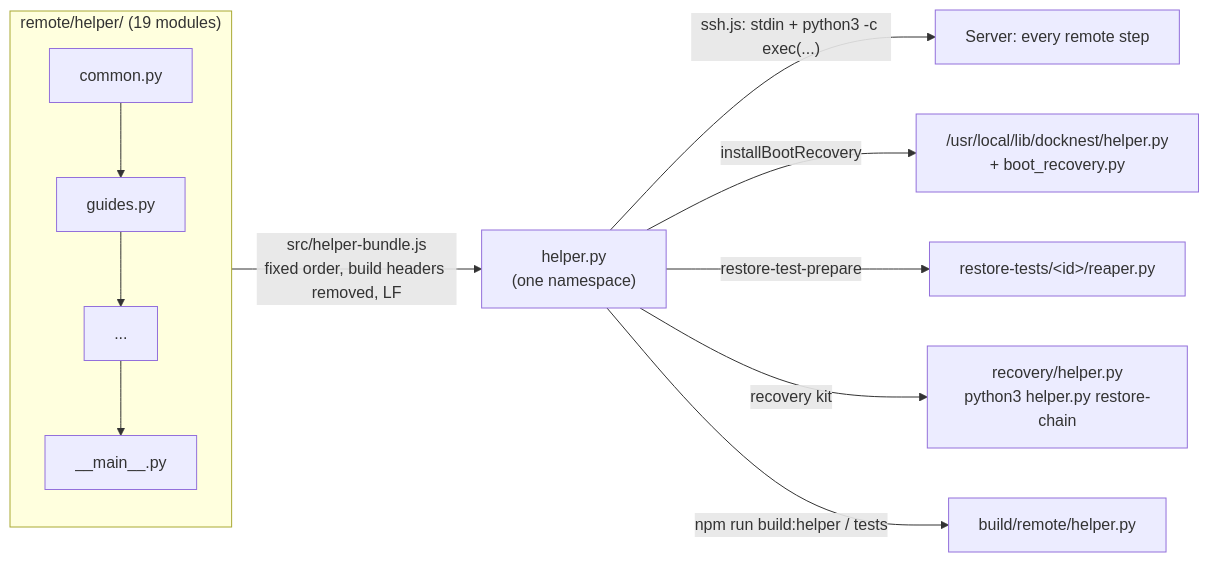
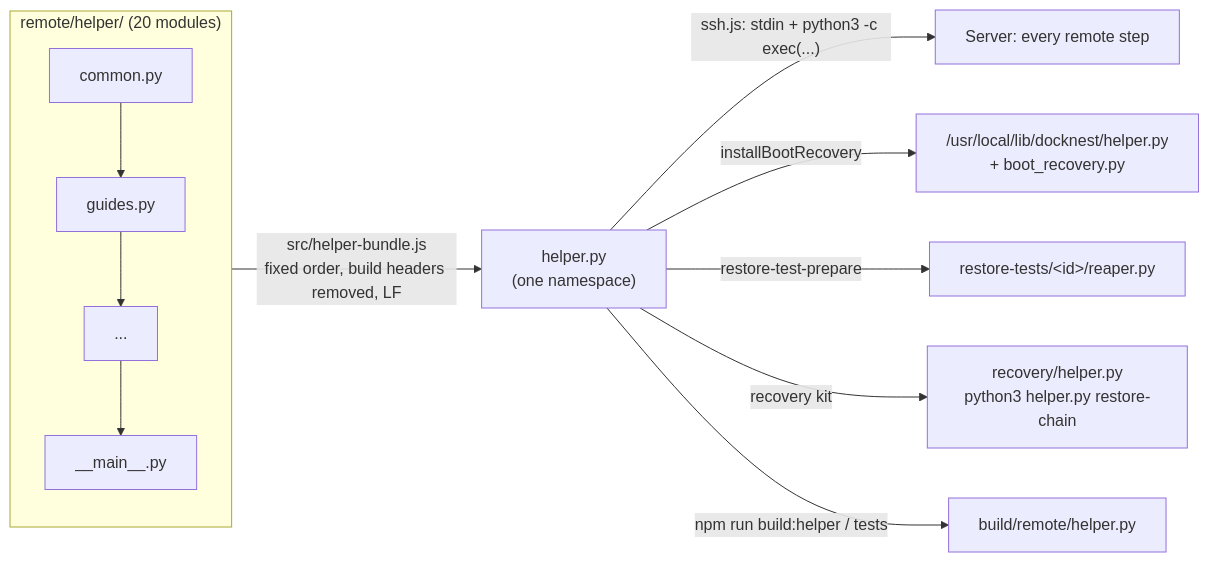
One commit to DahanItamar/DockNest changed the first of 3 diagrams in docs/remote-helper.md. Above: the diagram before and after it, drawn with Mermaid. The commit also changed other lines of this file and 5 other files, not shown here.

````diff
--- a/docs/remote-helper.md
+++ b/docs/remote-helper.md
@@ -46,12 +47,12 @@
 ```mermaid
 flowchart LR
-  subgraph Source["remote/helper/ (19 modules)"]
+  subgraph Source["remote/helper/ (20 modules)"]
     M1[common.py] --> M2[guides.py] --> M3[...] --> M15[__main__.py]
   end
   Source -->|"src/helper-bundle.js<br/>fixed order, build headers removed, LF"| B["helper.py<br/>(one namespace)"]
   B -->|"ssh.js: stdin + python3 -c exec(...)"| S[Server: every remote step]
   B -->|"installBootRecovery"| R["/usr/local/lib/docknest/helper.py<br/>+ boot_recovery.py"]
   B -->|"restore-test-prepare"| P["restore-tests/&lt;id&gt;/reaper.py"]
   B -->|"recovery kit"| K["recovery/helper.py<br/>python3 helper.py restore-chain"]
   B -->|"npm run build:helper / tests"| D[build/remote/helper.py]
 ```
````
